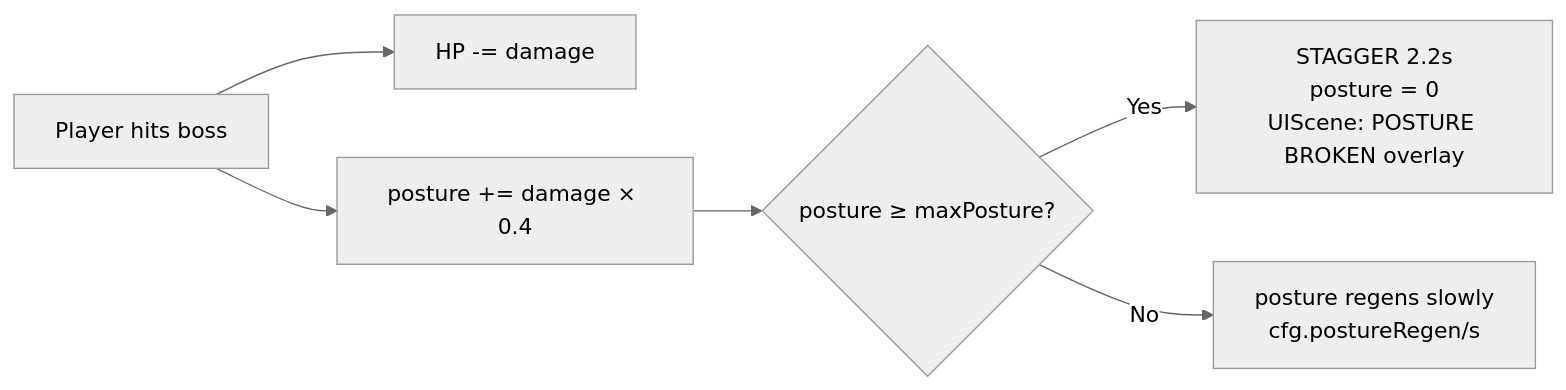
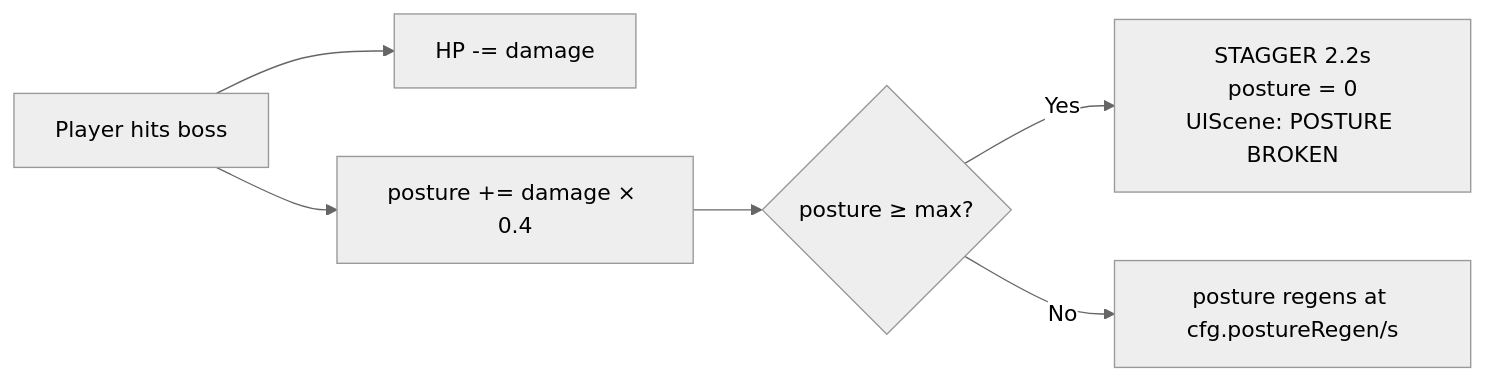
Diagram 12 of 16 in docs/TECHNICAL_OVERVIEW.md (Shreyansh-Kushwaha/Dark-Star), drawn with Mermaid (neutral theme) before and after one commit. The commit also changed other lines of this file and 2 other files, not shown here.

````diff
--- a/docs/TECHNICAL_OVERVIEW.md
+++ b/docs/TECHNICAL_OVERVIEW.md
@@ -646,8 +817,8 @@
 ```mermaid
 graph LR
     A[Player hits boss] --> B[HP -= damage]
     A --> C[posture += damage × 0.4]
-    C --> D{posture ≥ maxPosture?}
-    D -->|Yes| E[STAGGER 2.2s\nposture = 0\nUIScene: POSTURE BROKEN overlay]
-    D -->|No| F[posture regens slowly\ncfg.postureRegen/s]
+    C --> D{posture ≥ max?}
+    D -->|Yes| E[STAGGER 2.2s\nposture = 0\nUIScene: POSTURE BROKEN]
+    D -->|No| F[posture regens at cfg.postureRegen/s]
 ```
````
